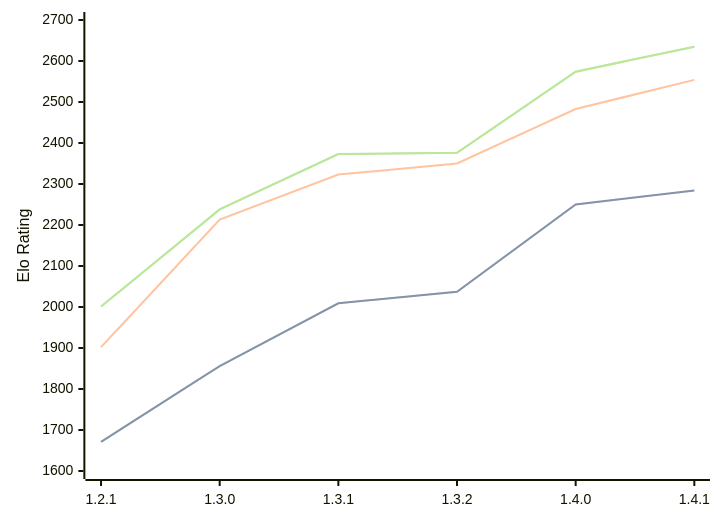
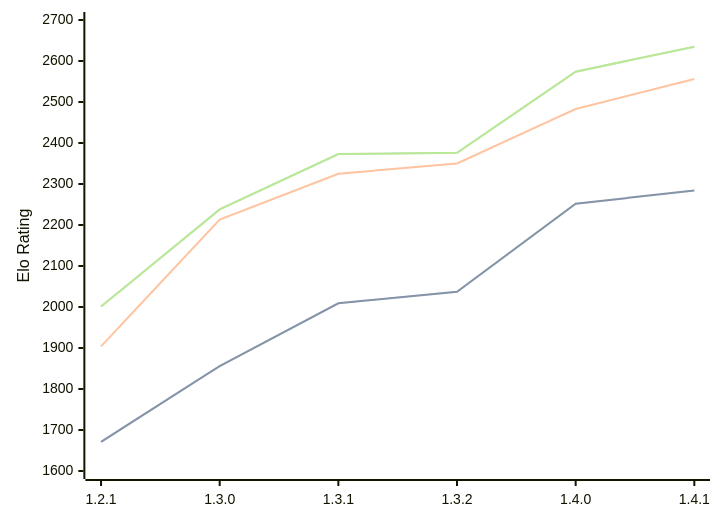
The diagram in engines/Chal.md (computer-chess-index/cci), drawn with Mermaid before and after one commit. The commit also changed other lines of this file, not shown here.

````diff
--- a/engines/Chal.md
+++ b/engines/Chal.md
@@ -39,11 +39,11 @@
 ```mermaid
 %%{init: {"theme":"base","themeVariables":{"seriesColors:['#a3a3a3','#222221','#faa371']}}}%%
 xychart-beta
   x-axis ["1.2.1", "1.3.0", "1.3.1", "1.3.2", "1.4.0", "1.4.1"]
   y-axis "Elo Rating" 1600 --> 2700
-  line "STC (8.0+0.08s)" [1671, 1856, 2009, 2037, 2250, 2284]
-  line "STC (8.0+0.08s)" [1671, 1856, 2009, 2037, 2250, 2284]
-  line "LTC (60.0+0.60s)" [1902, 2213, 2323, 2350, 2483, 2554]
+  line "STC (8.0+0.08s)" [1671, 1856, 2009, 2037, 2252, 2284]
+  line "STC (8.0+0.08s)" [1671, 1856, 2009, 2037, 2252, 2284]
+  line "LTC (60.0+0.60s)" [1904, 2213, 2325, 2350, 2483, 2556]
   line "VLTC (2m24s+1.12s)" [2001, 2238, 2373, 2376, 2574, 2635]
   line "VLTC (2m24s+1.12s)" [2001, 2238, 2373, 2376, 2574, 2635]
 ```
````
